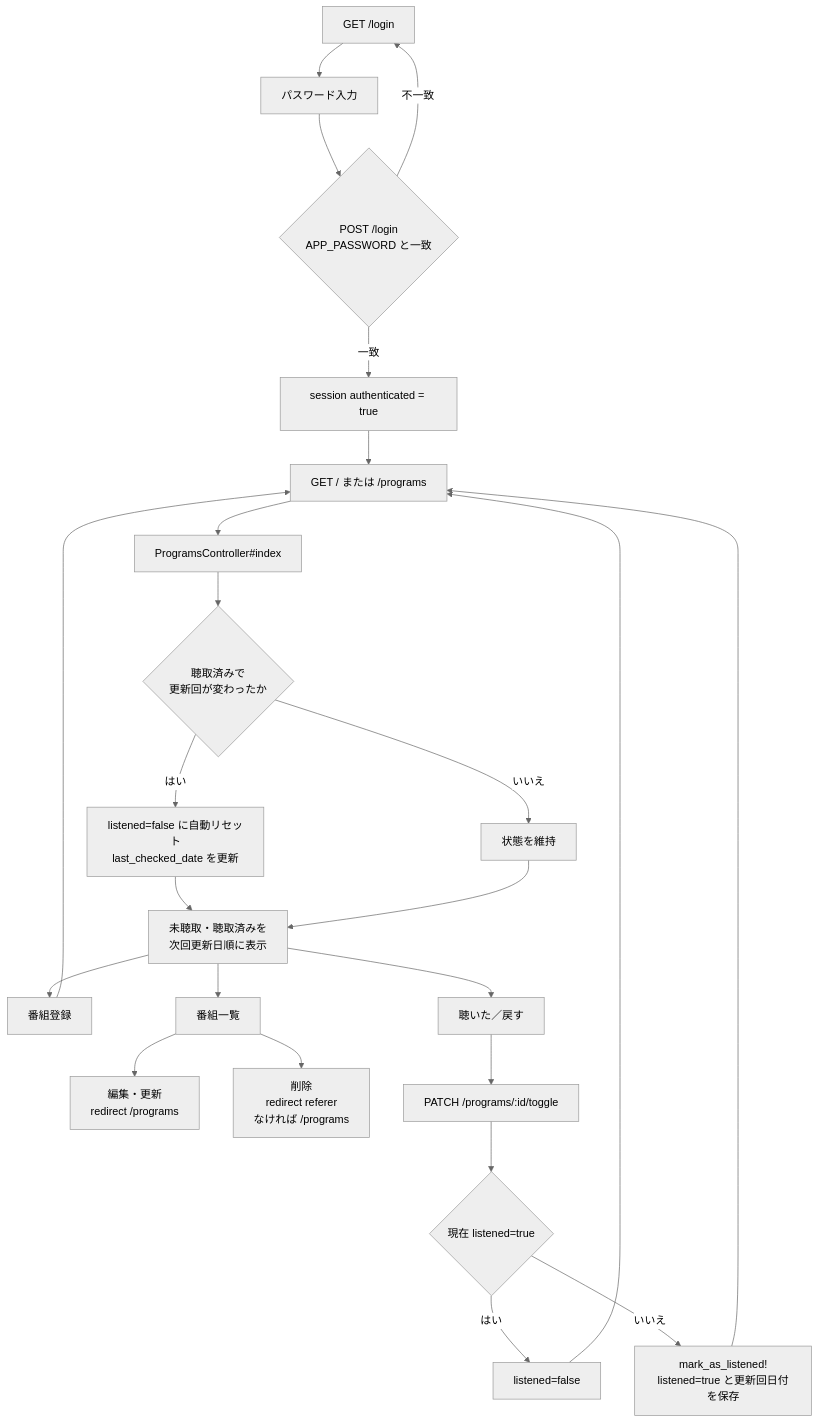
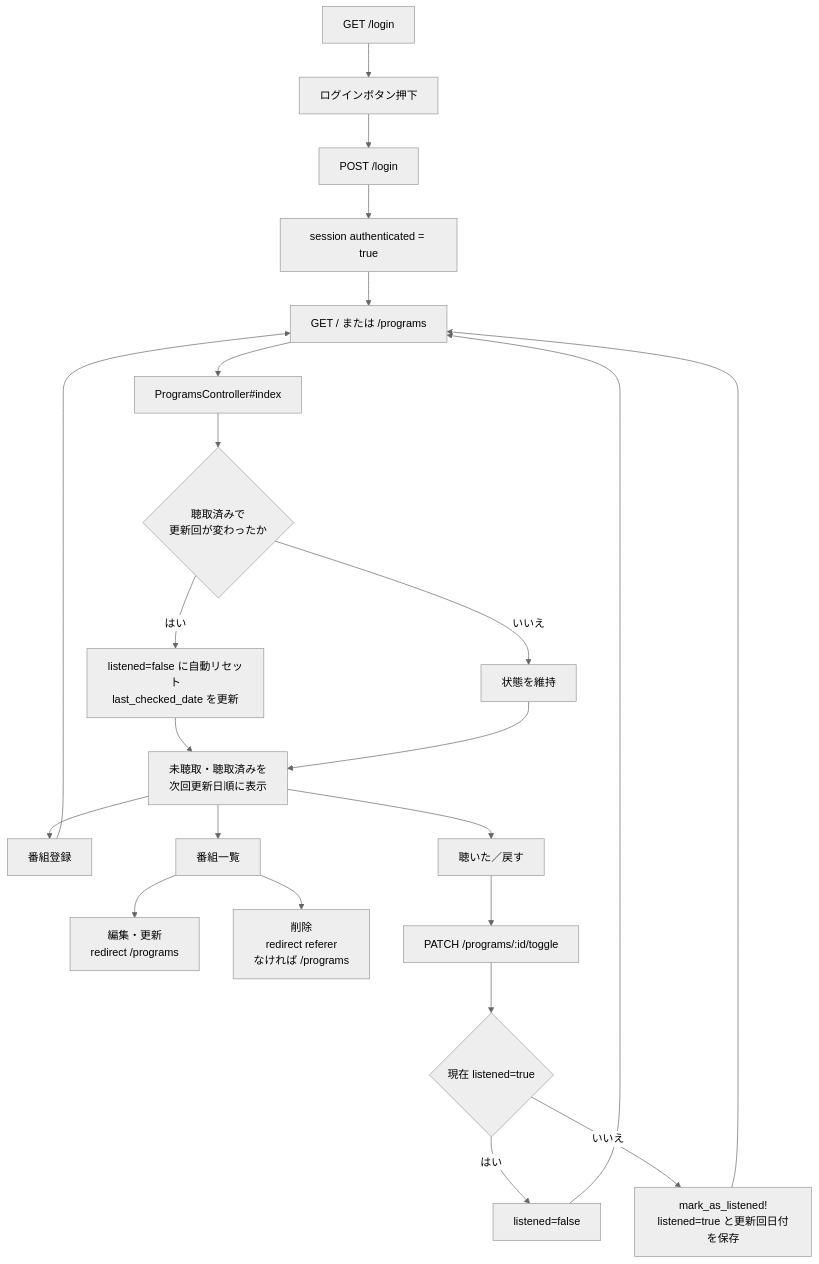
The diagram in docs/application-overview.md (Murakou15724/radio-manager), drawn with Mermaid (neutral theme) before and after one commit. The commit also changed other lines of this file and 3 other files, not shown here.

````diff
--- a/docs/application-overview.md
+++ b/docs/application-overview.md
@@ -122,26 +122,25 @@
 ```mermaid
 flowchart TD
-    A[GET /login] --> B[パスワード入力]
-    B --> C{POST /login<br/>APP_PASSWORD と一致}
-    C -- 不一致 --> A
-    C -- 一致 --> D[session authenticated = true]
+    A[GET /login] --> B[ログインボタン押下]
+    B --> C[POST /login]
+    C --> D[session authenticated = true]
     D --> E[GET / または /programs]
     E --> F[ProgramsController#index]
     F --> G{聴取済みで<br/>更新回が変わったか}
     G -- はい --> H[listened=false に自動リセット<br/>last_checked_date を更新]
     G -- いいえ --> I[状態を維持]
     H --> J[未聴取・聴取済みを<br/>次回更新日順に表示]
     I --> J
     J --> K[番組登録]
     J --> L[番組一覧]
     J --> M[聴いた／戻す]
     K --> E
     L --> R[編集・更新<br/>redirect /programs]
     L --> S[削除<br/>redirect referer<br/>なければ /programs]
     M --> N[PATCH /programs/:id/toggle]
     N --> O{現在 listened=true}
     O -- はい --> P[listened=false]
     O -- いいえ --> Q[mark_as_listened!<br/>listened=true と更新回日付を保存]
     P --> E
     Q --> E
 ```
````
